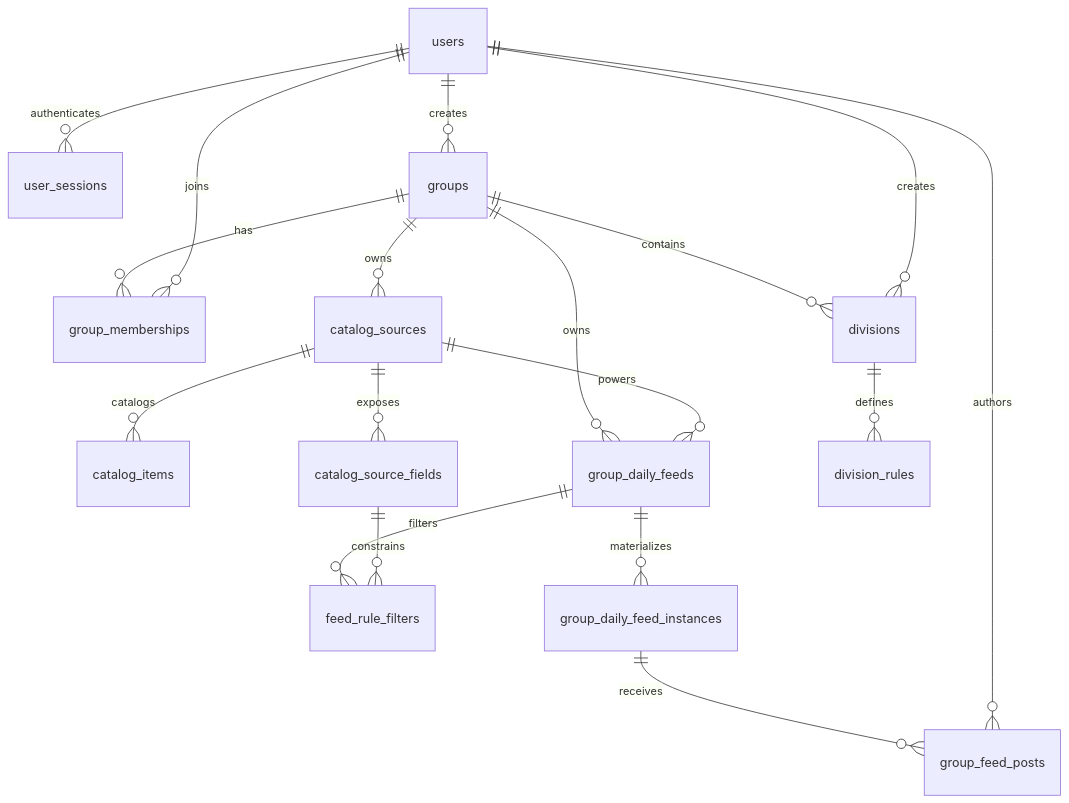
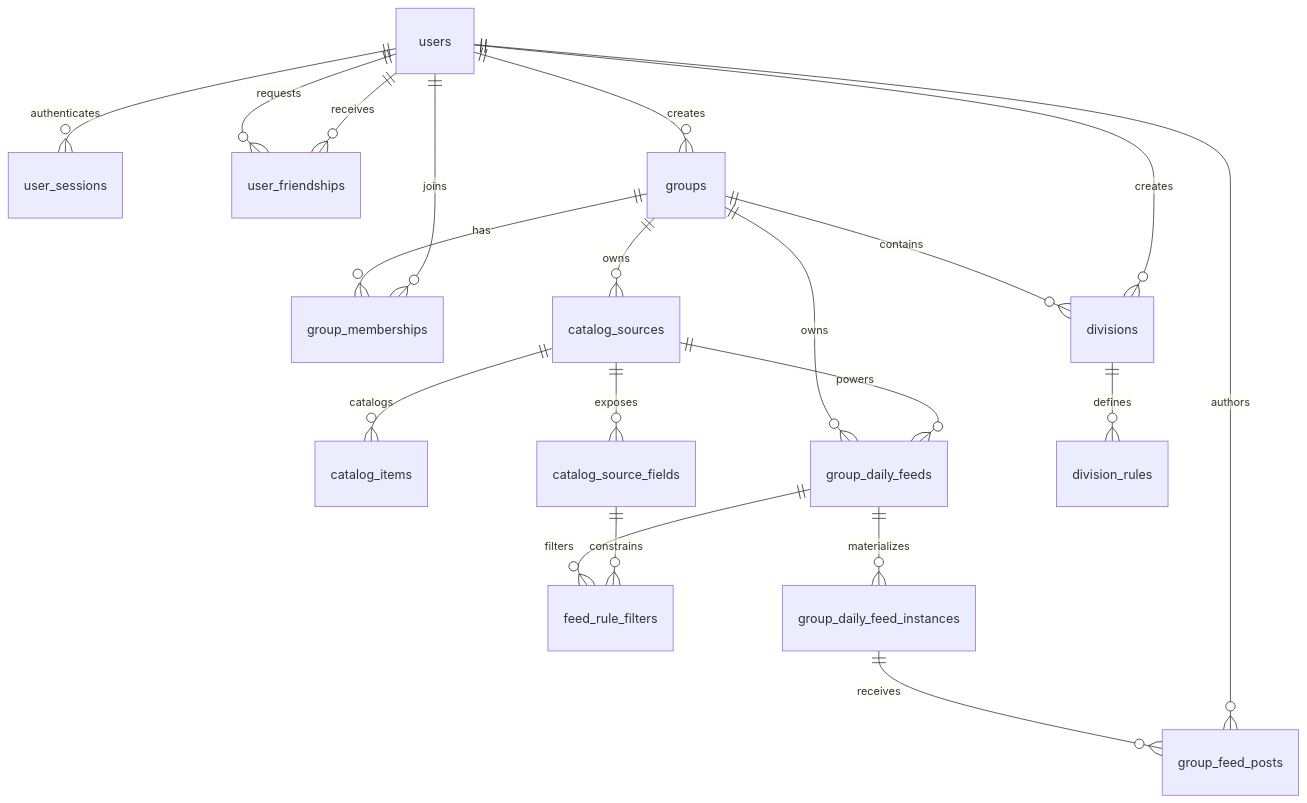
The diagram in docs/data-model.md (JTan2231/arcade), drawn with Mermaid before and after one commit. The commit also changed other lines of this file and 16 other files, not shown here.

````diff
--- a/docs/data-model.md
+++ b/docs/data-model.md
@@ -22,25 +22,27 @@
 ```mermaid
 erDiagram
     users ||--o{ user_sessions : authenticates
+    users ||--o{ user_friendships : requests
+    users ||--o{ user_friendships : receives
 
     users ||--o{ groups : creates
     groups ||--o{ group_memberships : has
     users ||--o{ group_memberships : joins
 
     groups ||--o{ catalog_sources : owns
     catalog_sources ||--o{ catalog_items : catalogs
     catalog_sources ||--o{ catalog_source_fields : exposes
 
     groups ||--o{ group_daily_feeds : owns
     catalog_sources ||--o{ group_daily_feeds : powers
     group_daily_feeds ||--o{ feed_rule_filters : filters
     catalog_source_fields ||--o{ feed_rule_filters : constrains
 
     group_daily_feeds ||--o{ group_daily_feed_instances : materializes
     group_daily_feed_instances ||--o{ group_feed_posts : receives
     users ||--o{ group_feed_posts : authors
 
     groups ||--o{ divisions : contains
     users ||--o{ divisions : creates
     divisions ||--o{ division_rules : defines
 ```
````
